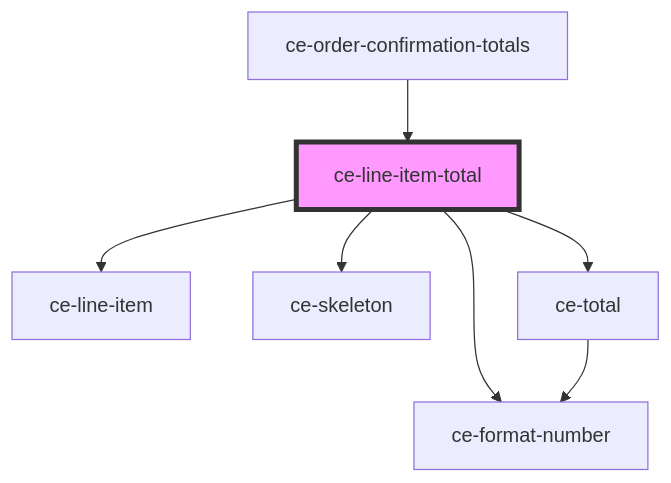
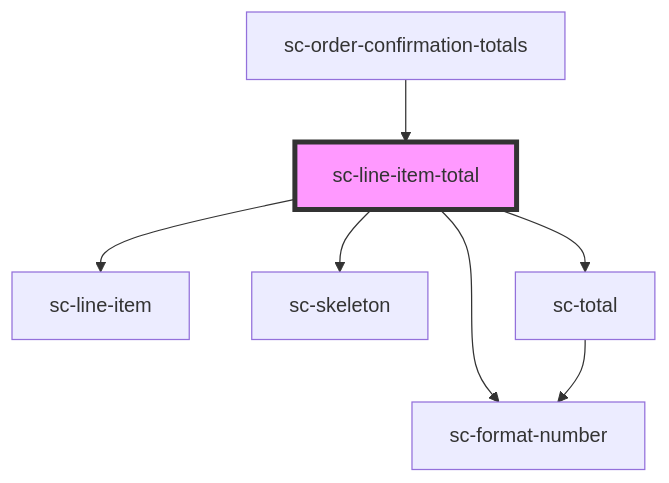
One commit to surecart/surecart-wp-plugin changed the diagram in packages/components/src/components/controllers/checkout-form/line-item-total/readme.md. Above: the diagram before and after it, drawn with Mermaid. The commit also changed other lines of this file and 1281 other files, not shown here.

````diff
--- a/packages/components/src/components/controllers/checkout-form/line-item-total/readme.md
+++ b/packages/components/src/components/controllers/checkout-form/line-item-total/readme.md
@@ -33,10 +33,10 @@
 ```mermaid
 graph TD;
-  ce-line-item-total --> ce-line-item
-  ce-line-item-total --> ce-skeleton
-  ce-line-item-total --> ce-total
-  ce-line-item-total --> ce-format-number
-  ce-total --> ce-format-number
-  ce-order-confirmation-totals --> ce-line-item-total
-  style ce-line-item-total fill:#f9f,stroke:#333,stroke-width:4px
+  sc-line-item-total --> sc-line-item
+  sc-line-item-total --> sc-skeleton
+  sc-line-item-total --> sc-total
+  sc-line-item-total --> sc-format-number
+  sc-total --> sc-format-number
+  sc-order-confirmation-totals --> sc-line-item-total
+  style sc-line-item-total fill:#f9f,stroke:#333,stroke-width:4px
 ```
````
